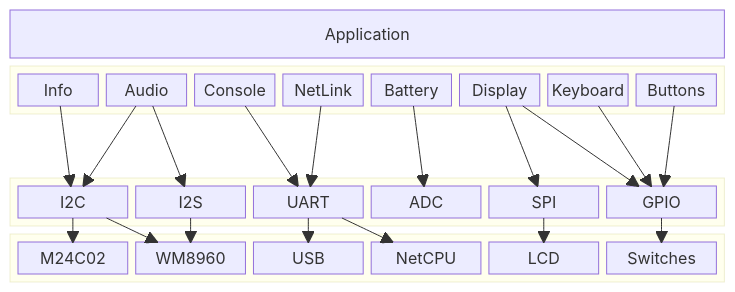
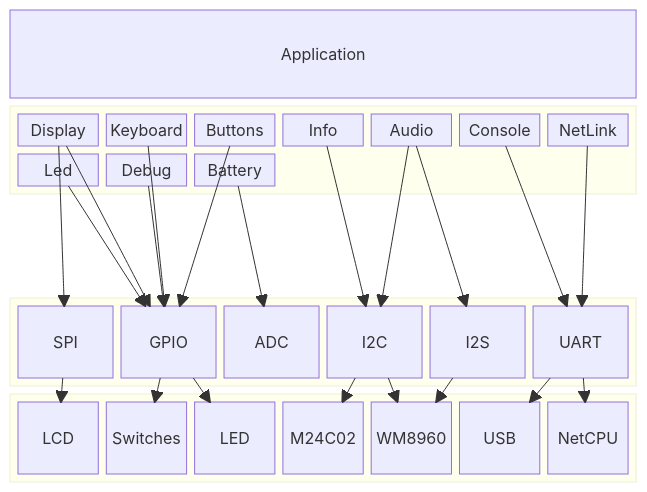
Before and after one commit to fluffy/bare-rust: the sixth of 6 diagrams in Architecture.md, drawn with Mermaid.

Commit message:
update BSP and HAL layer

````diff
--- a/Architecture.md
+++ b/Architecture.md
@@ -113,49 +113,56 @@
 ```mermaid
 block-beta
     columns 1
     Application
     block: BSP
-        Info
-        Audio
-        Console
-        NetLink
-        Battery
-        Display
-        Keyboard
-        Buttons
+      columns 7
+      Display
+      Keyboard
+      Buttons
+      Info
+      Audio
+      Console
+      NetLink
+      Led
+      Debug
+      Battery
     end
     space
     block: HAL
-        I2C
-        I2S
-        UART
-        ADC
-        SPI
-        GPIO
+      SPI
+      GPIO
+      ADC
+      I2C
+      I2S
+      UART
     end
     block: Hardware
-        M24C02
-        WM8960
-        USB
-        NetCPU
-        LCD
-        Switches
+      LCD
+      Switches
+      LED
+      M24C02
+      WM8960
+      USB
+      NetCPU
     end
     Keyboard --> GPIO
     Display --> SPI
     Display --> GPIO
+    Led --> GPIO
+    Debug --> GPIO
     Audio --> I2S
     Audio --> I2C
     Info --> I2C
     Battery --> ADC
     Console --> UART
     Buttons --> GPIO
     NetLink --> UART
     SPI --> LCD
     UART --> NetCPU
     I2C --> WM8960
     I2S --> WM8960
     I2C --> M24C02
     GPIO --> Switches
+    GPIO --> LED
     UART --> USB
 ```
````
